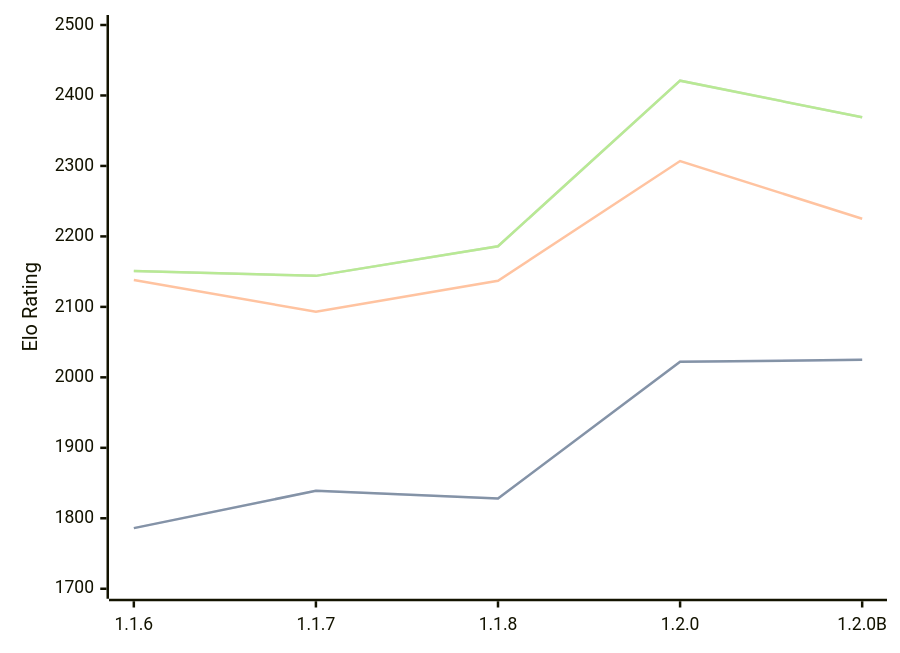
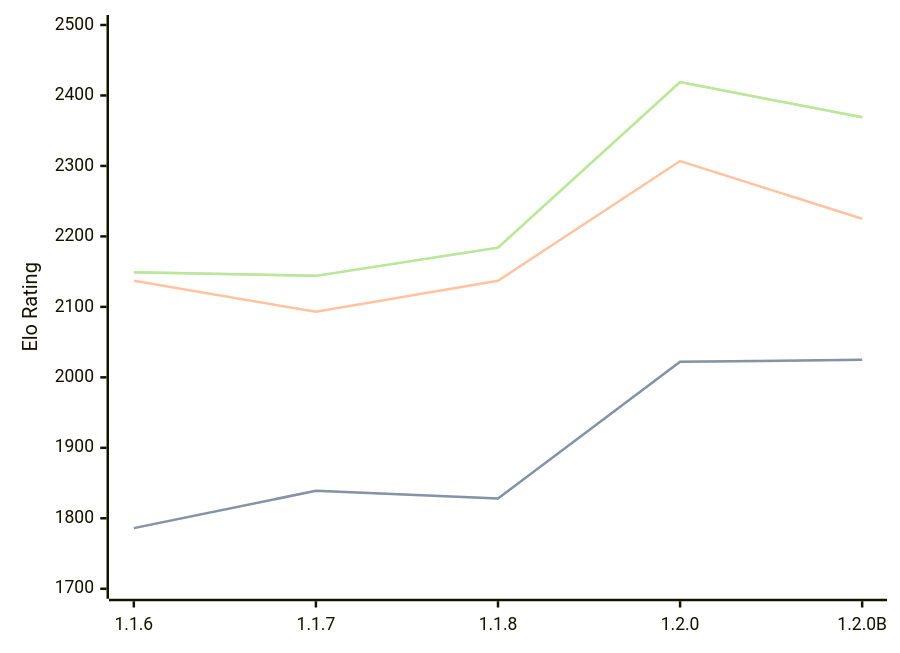
One commit to computer-chess-index/cci changed the diagram in engines/Soomi.md. Above: the diagram before and after it, drawn with Mermaid. The commit also changed other lines of this file, not shown here.

Commit message:
Update CCI Ratings (ELO VLTC) - 2026-06-12

````diff
--- a/engines/Soomi.md
+++ b/engines/Soomi.md
@@ -35,11 +35,11 @@
 ```mermaid
 %%{init: {"theme":"base","themeVariables":{"seriesColors:['#a3a3a3','#222221','#faa371']}}}%%
 xychart-beta
   x-axis ["1.1.6", "1.1.7", "1.1.8", "1.2.0", "1.2.0B"]
   y-axis "Elo Rating" 1700 --> 2500
   line "STC (8.0+0.08s)" [1786, 1839, 1828, 2022, 2025]
   line "STC (8.0+0.08s)" [1786, 1839, 1828, 2022, 2025]
-  line "LTC (60.0+0.60s)" [2138, 2093, 2137, 2307, 2225]
-  line "VLTC (2m24s+1.12s)" [2151, 2144, 2186, 2421, 2369]
-  line "VLTC (2m24s+1.12s)" [2151, 2144, 2186, 2421, 2369]
+  line "LTC (60.0+0.60s)" [2137, 2093, 2137, 2307, 2225]
+  line "VLTC (2m24s+1.12s)" [2149, 2144, 2184, 2419, 2369]
+  line "VLTC (2m24s+1.12s)" [2149, 2144, 2184, 2419, 2369]
 ```
````
